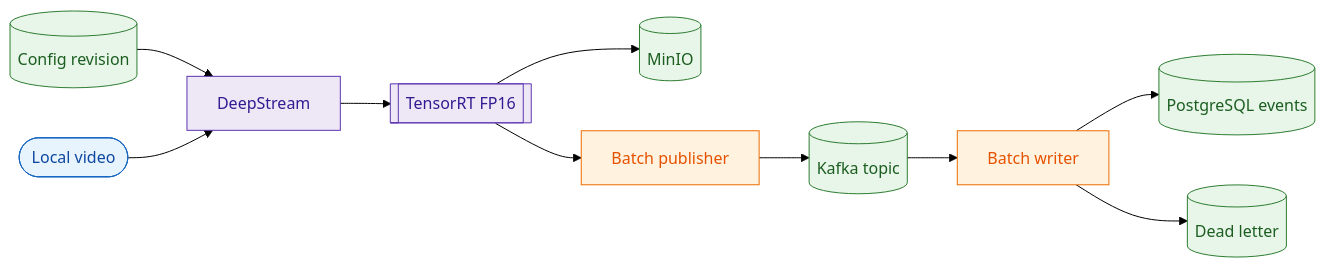
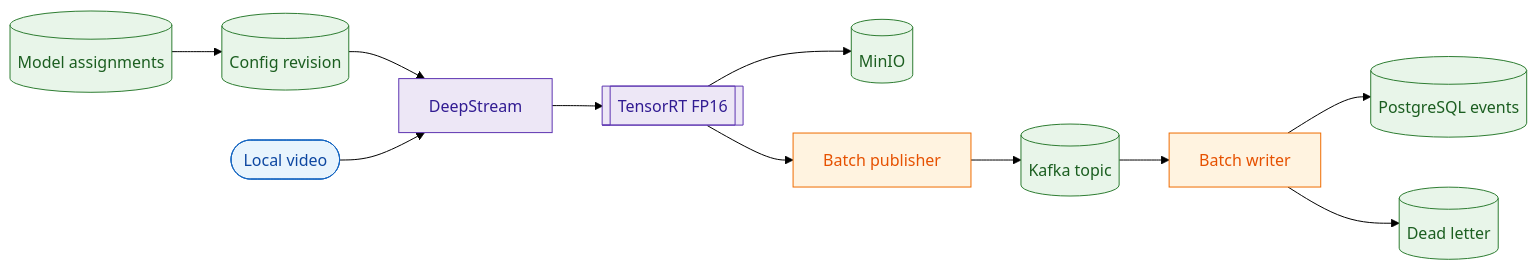
The diagram in README.md (ali031reza/deepstream-ai-monitoring), drawn with Mermaid (forest theme) before and after one commit. The commit also changed other lines of this file and 16 other files, not shown here.

First line of the commit message:
Move camera model assignments onto immutable revisions.

````diff
--- a/README.md
+++ b/README.md
@@ -17,22 +17,23 @@
 ```mermaid
 flowchart LR
     revision[(Config revision)] --> decode[DeepStream]
+    models[(Model assignments)] --> revision
     clip([Local video]) --> decode
     decode --> trt[[TensorRT FP16]]
     trt --> images[(MinIO)]
     trt --> publish[Batch publisher]
     publish --> topic[(Kafka topic)]
     topic --> writer[Batch writer]
     writer --> events[(PostgreSQL events)]
     writer --> dead[(Dead letter)]
 
     classDef io fill:#e8f4fd,stroke:#1565c0,color:#0d47a1
     classDef gpu fill:#ede7f6,stroke:#5e35b1,color:#311b92
     classDef bus fill:#fff3e0,stroke:#ef6c00,color:#e65100
     classDef db fill:#e8f5e9,stroke:#2e7d32,color:#1b5e20
 
     class clip io
     class decode,trt gpu
     class publish,writer bus
-    class topic,images,events,revision,dead db
+    class topic,images,events,revision,models,dead db
 ```
````
